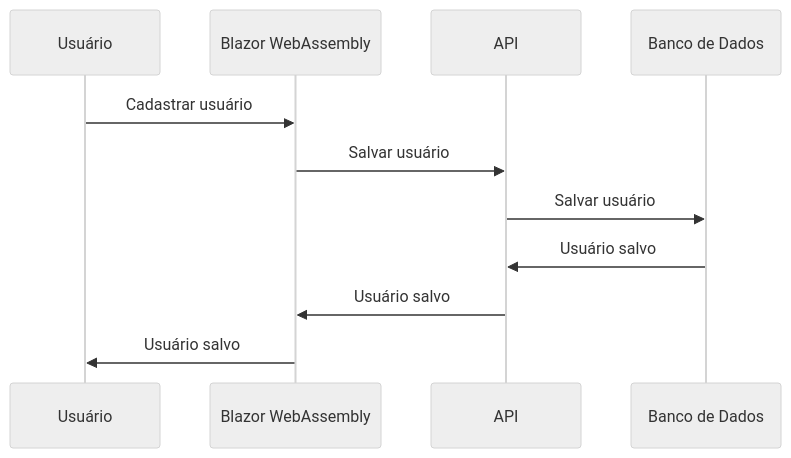
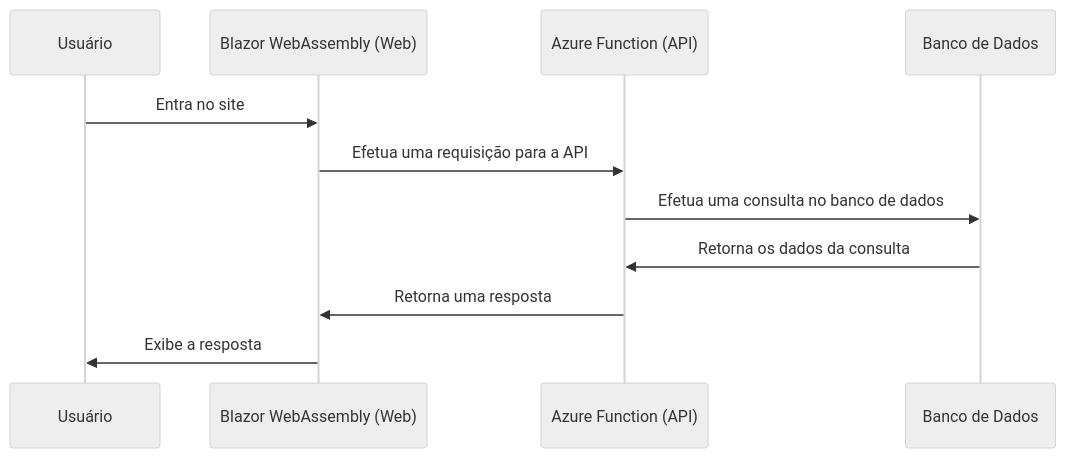
Before and after one commit to gbLw1/MyCoreBanking: the second of 5 diagrams in README.md, drawn with Mermaid (neutral theme). The commit also changed other lines of this file, not shown here.

````diff
--- a/README.md
+++ b/README.md
@@ -151,14 +163,15 @@
 ```mermaid
 sequenceDiagram
     participant U as Usuário
-    participant S as Blazor WebAssembly
-    participant R as API
+    participant S as Blazor WebAssembly (Web)
+    participant R as Azure Function (API)
     participant D as Banco de Dados
 
-    U->>S: Cadastrar usuário
-    S->>R: Salvar usuário
-    R->>D: Salvar usuário
-    D->>R: Usuário salvo
-    R->>S: Usuário salvo
-    S->>U: Usuário salvo
+    U ->> S: Entra no site
+    S ->> R: Efetua uma requisição para a API
+    R ->> D: Efetua uma consulta no banco de dados
+    D ->> R: Retorna os dados da consulta
+    R ->> S: Retorna uma resposta
+    S ->> U: Exibe a resposta
+
 ```
````
